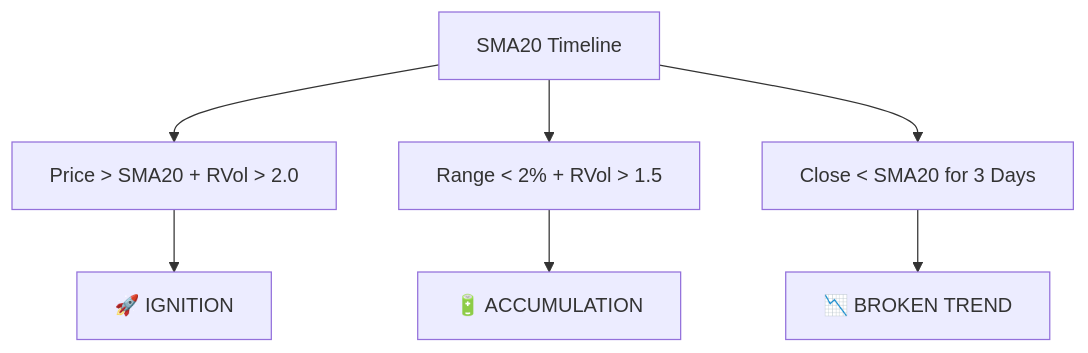
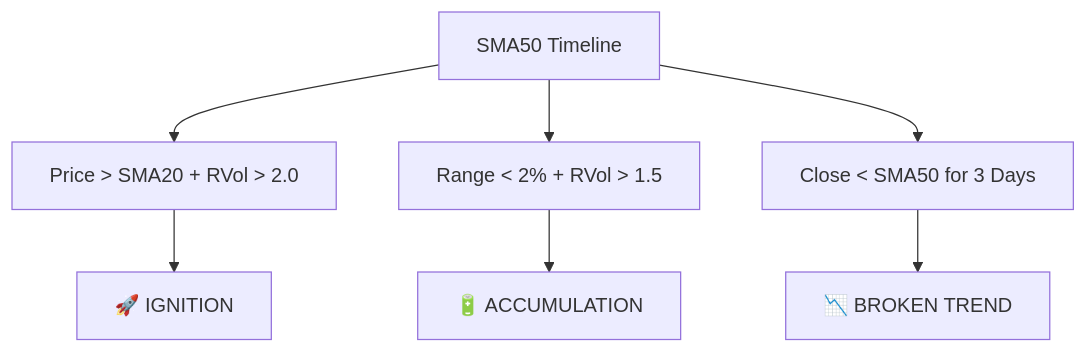
One commit to WayneJinOSU/growth_ai changed the eighth of 18 diagrams in README.md. Above: the diagram before and after it, drawn with Mermaid. The commit also changed other lines of this file and 20 other files, not shown here.

````diff
--- a/README.md
+++ b/README.md
@@ -155,9 +157,9 @@
 ```mermaid
 flowchart TD
-    Price["SMA20 Timeline"] --> Ignite["Price > SMA20 + RVol > 2.0"]
+    Price["SMA50 Timeline"] --> Ignite["Price > SMA20 + RVol > 2.0"]
     Ignite --> FIRE["🚀 IGNITION"]
     Price --> Accum["Range < 2% + RVol > 1.5"]
     Accum --> ACC["🔋 ACCUMULATION"]
-    Price --> Broken["Close < SMA20 for 3 Days"]
+    Price --> Broken["Close < SMA50 for 3 Days"]
     Broken --> EJECT["📉 BROKEN TREND"]
 ```
````
